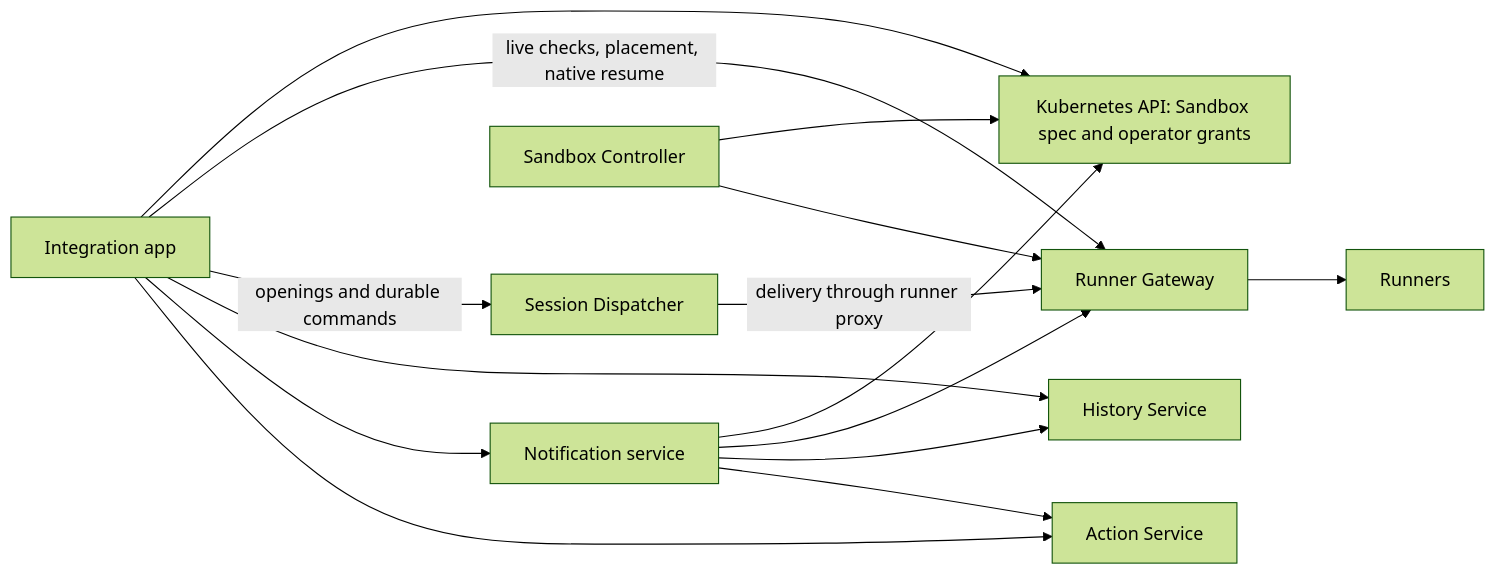
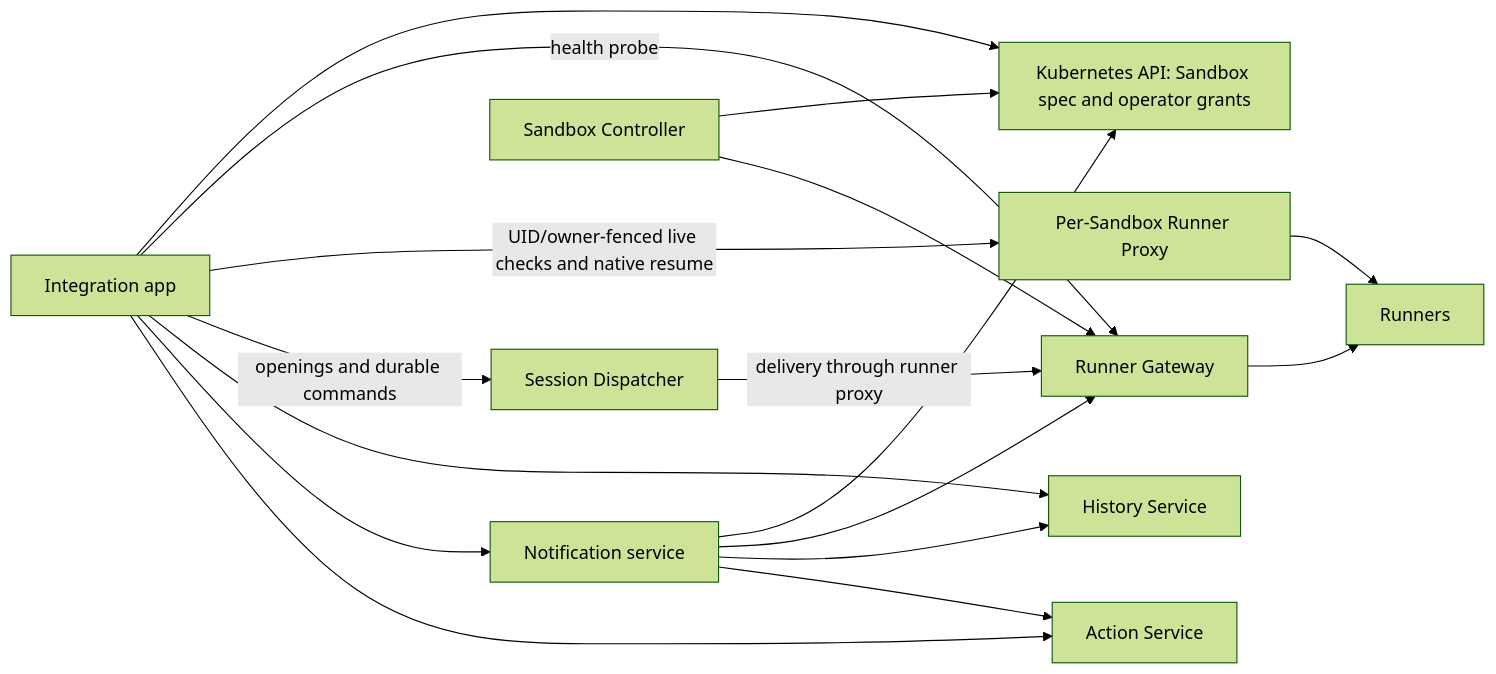
The diagram in agentplane/docs/service_boundaries.md (agentydragon-agent/ducktape), drawn with Mermaid (forest theme) before and after one commit. The commit also changed other lines of this file and 12 other files, not shown here.

````diff
--- a/agentplane/docs/service_boundaries.md
+++ b/agentplane/docs/service_boundaries.md
@@ -13,17 +13,19 @@
 ```mermaid
 flowchart LR
     App[Integration app] --> Kubernetes[Kubernetes API: Sandbox spec and operator grants]
-    App -->|live checks, placement, native resume| Gateway[Runner Gateway]
+    App -->|health probe| Gateway[Runner Gateway]
+    App -->|UID/owner-fenced live checks and native resume| Proxy[Per-Sandbox Runner Proxy]
     App -->|openings and durable commands| Dispatcher[Session Dispatcher]
     Dispatcher -->|delivery through runner proxy| Gateway
     App --> History[History Service]
     App --> Notifications[Notification service]
     App --> Actions[Action Service]
     Notifications --> Kubernetes
     Notifications --> Gateway
     Notifications --> History
     Notifications --> Actions
     Controller[Sandbox Controller] --> Kubernetes
     Controller --> Gateway
     Gateway --> Runners[Runners]
+    Proxy --> Runners
 ```
````
